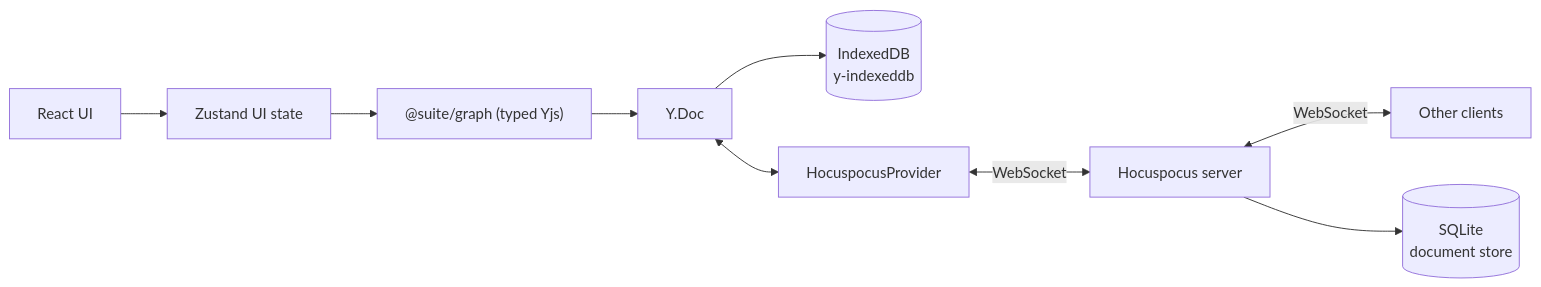
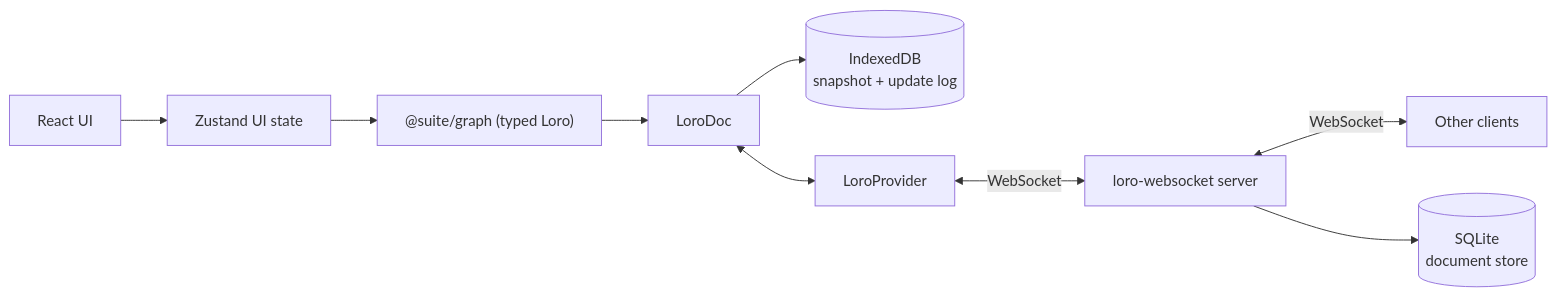
The diagram in docs/architecture.md (mr-rogers-neighborhood/suite-canvas), drawn with Mermaid before and after one commit. The commit also changed other lines of this file and 52 other files, not shown here.

First line of the commit message:
feat: migrate collaboration from Yjs to Loro

````diff
--- a/docs/architecture.md
+++ b/docs/architecture.md
@@ -20,11 +20,11 @@
 ```mermaid
 flowchart LR
   UI[React UI] --> Store[Zustand UI state]
-  Store --> Graph["@suite/graph (typed Yjs)"]
-  Graph --> Doc[Y.Doc]
-  Doc --> IDB[(IndexedDB<br/>y-indexeddb)]
-  Doc <--> HP[HocuspocusProvider]
-  HP <-->|WebSocket| Server[Hocuspocus server]
+  Store --> Graph["@suite/graph (typed Loro)"]
+  Graph --> Doc[LoroDoc]
+  Doc --> IDB[(IndexedDB<br/>snapshot + update log)]
+  Doc <--> Provider[LoroProvider]
+  Provider <-->|WebSocket| Server[loro-websocket server]
   Server <-->|WebSocket| Others[Other clients]
   Server --> DB[(SQLite<br/>document store)]
 ```
````
